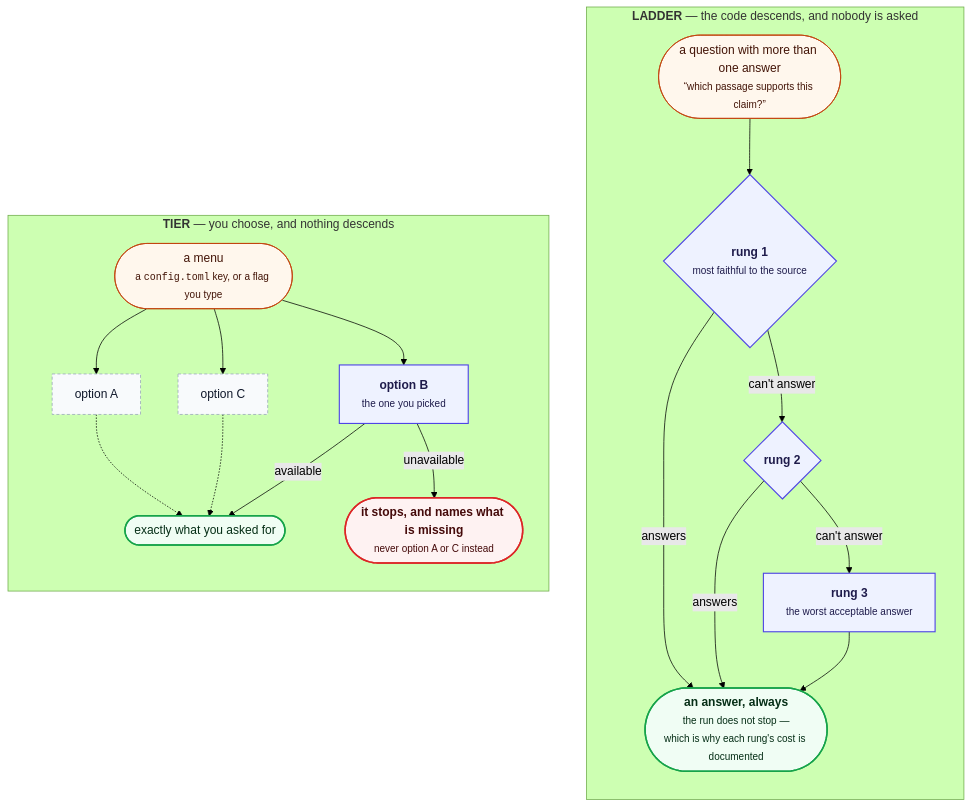
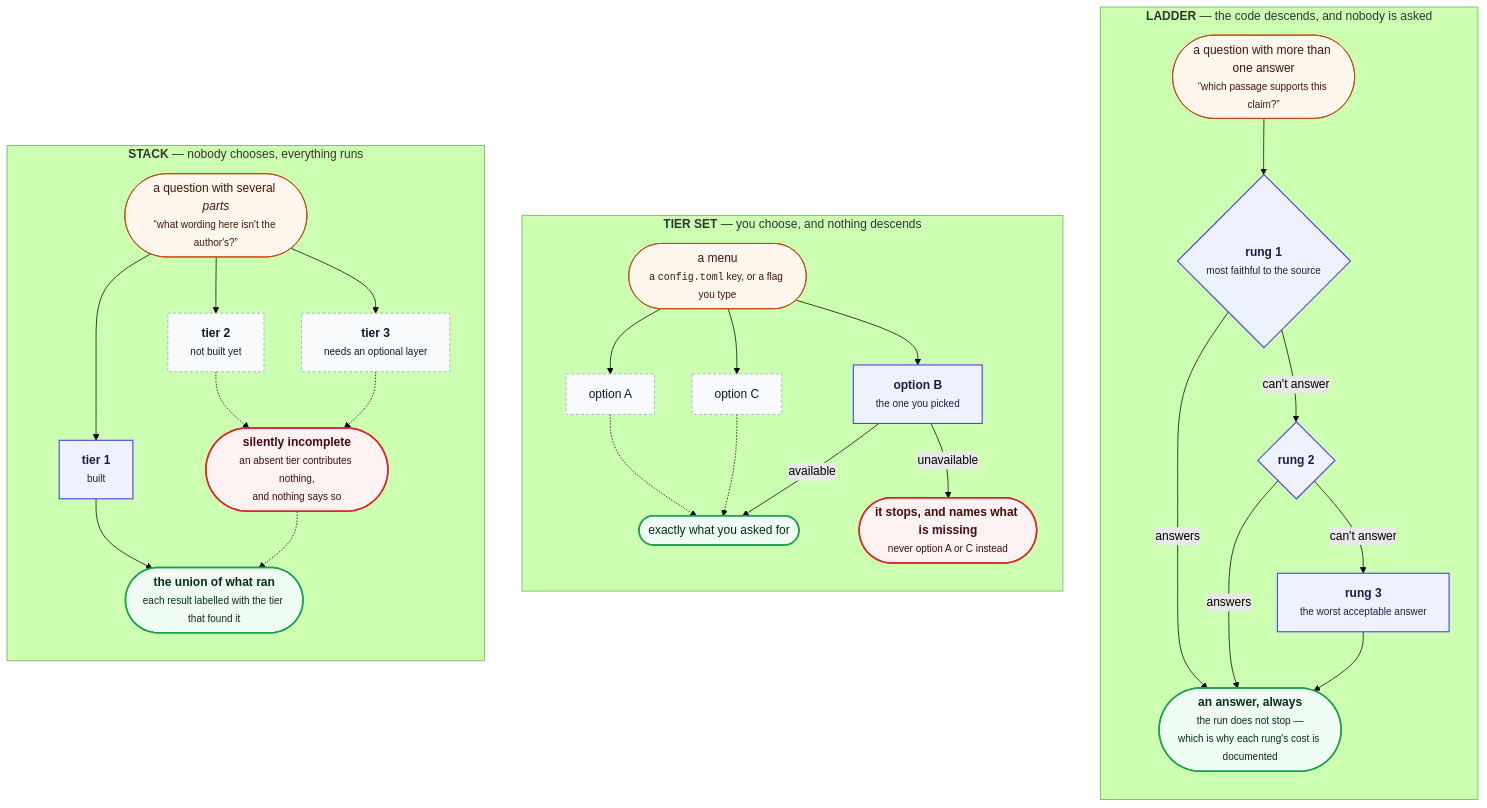
One commit to prasadtalasila/chitragupta changed the first of 3 diagrams in docs/LADDERS.md. Above: the diagram before and after it, drawn with Mermaid (forest theme). The commit also changed other lines of this file and 17 other files, not shown here.

````diff
--- a/docs/LADDERS.md
+++ b/docs/LADDERS.md
@@ -85,45 +111,60 @@
 ```mermaid
 flowchart TB
 
   subgraph LAD["<b>LADDER</b> — the code descends, and nobody is asked"]
     direction TB
     LQ(["a question with more than one answer<br/><small>“which passage supports this claim?”</small>"])
     L1{"<b>rung 1</b><br/><small>most faithful to the source</small>"}
     L2{"<b>rung 2</b>"}
     L3["<b>rung 3</b><br/><small>the worst acceptable answer</small>"]
     LA(["<b>an answer, always</b><br/><small>the run does not stop —<br/>which is why each rung's cost is documented</small>"])
     LQ --> L1
     L1 -- "answers" --> LA
     L1 -- "can't answer" --> L2
     L2 -- "answers" --> LA
     L2 -- "can't answer" --> L3
     L3 --> LA
   end
 
-  subgraph TIE["<b>TIER</b> — you choose, and nothing descends"]
+  subgraph TIE["<b>TIER SET</b> — you choose, and nothing descends"]
     direction TB
     TQ(["a menu<br/><small>a <code>config.toml</code> key, or a flag you type</small>"])
     T1["option A"]
     T2["<b>option B</b><br/><small>the one you picked</small>"]
     T3["option C"]
     TOK(["exactly what you asked for"])
     TNO(["<b>it stops, and names what is missing</b><br/><small>never option A or C instead</small>"])
     TQ --> T1 & T2 & T3
     T1 -.-> TOK
     T3 -.-> TOK
     T2 -- "available" --> TOK
     T2 -- "unavailable" --> TNO
   end
 
+  subgraph STK["<b>STACK</b> — nobody chooses, everything runs"]
+    direction TB
+    SQ(["a question with several <i>parts</i><br/><small>“what wording here isn't the author's?”</small>"])
+    S1["<b>tier 1</b><br/><small>built</small>"]
+    S2["<b>tier 2</b><br/><small>not built yet</small>"]
+    S3["<b>tier 3</b><br/><small>needs an optional layer</small>"]
+    SA(["<b>the union of what ran</b><br/><small>each result labelled with the tier that found it</small>"])
+    SNO(["<b>silently incomplete</b><br/><small>an absent tier contributes nothing,<br/>and nothing says so</small>"])
+    SQ --> S1 & S2 & S3
+    S1 --> SA
+    S2 -.-> SNO
+    S3 -.-> SNO
+    SNO -.-> SA
+  end
+
   classDef q fill:#fff7ed,stroke:#c2410c,color:#431407
   classDef rung fill:#eef2ff,stroke:#4f46e5,stroke-width:1.5px,color:#1e1b4b
   classDef good fill:#f0fdf4,stroke:#16a34a,stroke-width:2px,color:#052e16
   classDef stop fill:#fef2f2,stroke:#dc2626,stroke-width:2px,color:#450a0a
   classDef dim fill:#f8fafc,stroke:#94a3b8,stroke-dasharray:4 3,color:#0f172a
 
-  class LQ,TQ q
-  class L1,L2,L3,T2 rung
-  class LA,TOK good
-  class TNO stop
-  class T1,T3 dim
+  class LQ,TQ,SQ q
+  class L1,L2,L3,T2,S1 rung
+  class LA,TOK,SA good
+  class TNO,SNO stop
+  class T1,T3,S2,S3 dim
 ```
````
